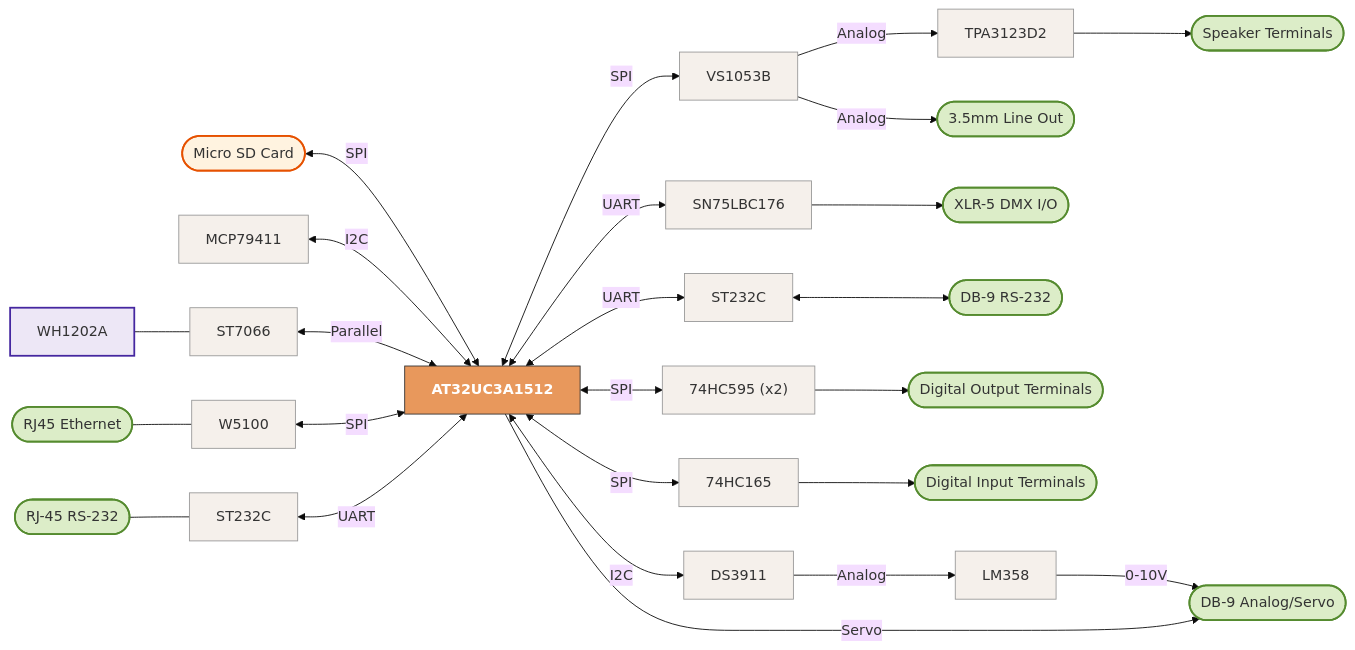
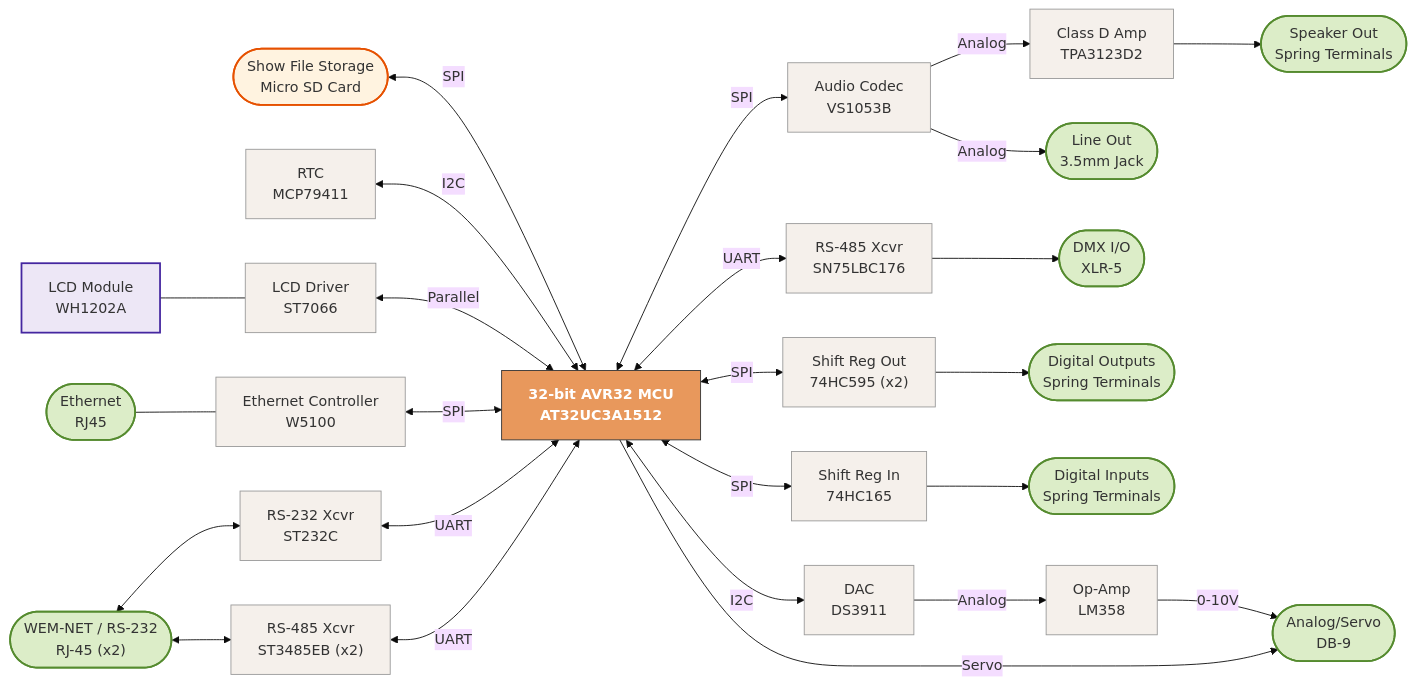
One commit to aramder/aramder.github.io changed the diagram in animation/_posts/2026-2-22-ProCommander4-Teardown.md. Above: the diagram before and after it, drawn with Mermaid (base theme). The commit also changed other lines of this file, not shown here.

Commit message:
fix: enhance link formatting for component references and improve text clarity in ProCommander4 teardown

````diff
--- a/animation/_posts/2026-2-22-ProCommander4-Teardown.md
+++ b/animation/_posts/2026-2-22-ProCommander4-Teardown.md
@@ -144,31 +148,30 @@
 ```mermaid
 graph LR
     classDef mcu fill:#e8985c,stroke:#333,color:#fff,font-weight:bold
     classDef ic fill:#f5f0eb,stroke:#999,color:#333
     classDef conn fill:#dcedc8,stroke:#558b2f,color:#333,stroke-width:2px
     classDef generic fill:#e3f2fd,stroke:#1565c0,color:#333,stroke-width:2px,stroke-dasharray:5 5
     classDef storage fill:#fff3e0,stroke:#e65100,color:#333,stroke-width:2px
     classDef display fill:#ede7f6,stroke:#4527a0,color:#333,stroke-width:2px
 
-    SD([Micro SD Card]):::storage <-->|SPI| MCU[AT32UC3A1512]:::mcu
-    MCP79411:::ic <-->|I2C| MCU
-    LCD[WH1202A]:::display --- ST7066:::ic <-->|Parallel| MCU
-    ETH([RJ45 Ethernet]):::conn --- W5100:::ic <-->|SPI| MCU
-    RJ45RS([RJ-45 RS-232]):::conn --- ST232C_2[ST232C]:::ic <-->|UART| MCU
+    SD(["Show File Storage<br/>Micro SD Card"]):::storage <-->|SPI| MCU["32-bit AVR32 MCU<br/>AT32UC3A1512"]:::mcu
+    MCP79411["RTC<br/>MCP79411"]:::ic <-->|I2C| MCU
+    LCD["LCD Module<br/>WH1202A"]:::display --- ST7066["LCD Driver<br/>ST7066"]:::ic <-->|Parallel| MCU
+    ETH(["Ethernet<br/>RJ45"]):::conn --- W5100["Ethernet Controller<br/>W5100"]:::ic <-->|SPI| MCU
+    WEMNET(["WEM-NET / RS-232<br/>RJ-45 (x2)"]):::conn <--> ST232C_2["RS-232 Xcvr<br/>ST232C"]:::ic <-->|UART| MCU
+    WEMNET <--> ST3485EB["RS-485 Xcvr<br/>ST3485EB (x2)"]:::ic <-->|UART| MCU
 
-    MCU <-->|SPI| VS1053B:::ic
-    VS1053B -->|Analog| TPA3123D2:::ic
-    VS1053B -->|Analog| LINEOUT([3.5mm Line Out]):::conn
-    TPA3123D2 --> SPKR([Speaker Terminals]):::conn
-    MCU <-->|UART| SN75LBC176:::ic
-    SN75LBC176 --> DMX([XLR-5 DMX I/O]):::conn
-    MCU <-->|UART| ST232C_1[ST232C]:::ic
-    ST232C_1 <--> DB9([DB-9 RS-232]):::conn
-    MCU <-->|SPI| HC595["74HC595 (x2)"]:::ic
-    HC595 --> DOUT([Digital Output Terminals]):::conn
-    MCU <-->|SPI| HC165[74HC165]:::ic
-    HC165 --> DINP([Digital Input Terminals]):::conn
-    MCU <-->|I2C| DS3911:::ic -->|Analog| LM358:::ic
-    LM358 -->|0-10V| AOUT([DB-9 Analog/Servo]):::conn
+    MCU <-->|SPI| VS1053B["Audio Codec<br/>VS1053B"]:::ic
+    VS1053B -->|Analog| TPA3123D2["Class D Amp<br/>TPA3123D2"]:::ic
+    VS1053B -->|Analog| LINEOUT(["Line Out<br/>3.5mm Jack"]):::conn
+    TPA3123D2 --> SPKR(["Speaker Out<br/>Spring Terminals"]):::conn
+    MCU <-->|UART| SN75LBC176["RS-485 Xcvr<br/>SN75LBC176"]:::ic
+    SN75LBC176 --> DMX(["DMX I/O<br/>XLR-5"]):::conn
+    MCU <-->|SPI| HC595["Shift Reg Out<br/>74HC595 (x2)"]:::ic
+    HC595 --> DOUT(["Digital Outputs<br/>Spring Terminals"]):::conn
+    MCU <-->|SPI| HC165["Shift Reg In<br/>74HC165"]:::ic
+    HC165 --> DINP(["Digital Inputs<br/>Spring Terminals"]):::conn
+    MCU <-->|I2C| DS3911["DAC<br/>DS3911"]:::ic -->|Analog| LM358["Op-Amp<br/>LM358"]:::ic
+    LM358 -->|0-10V| AOUT(["Analog/Servo<br/>DB-9"]):::conn
     MCU -->|Servo| AOUT
 ```
````
